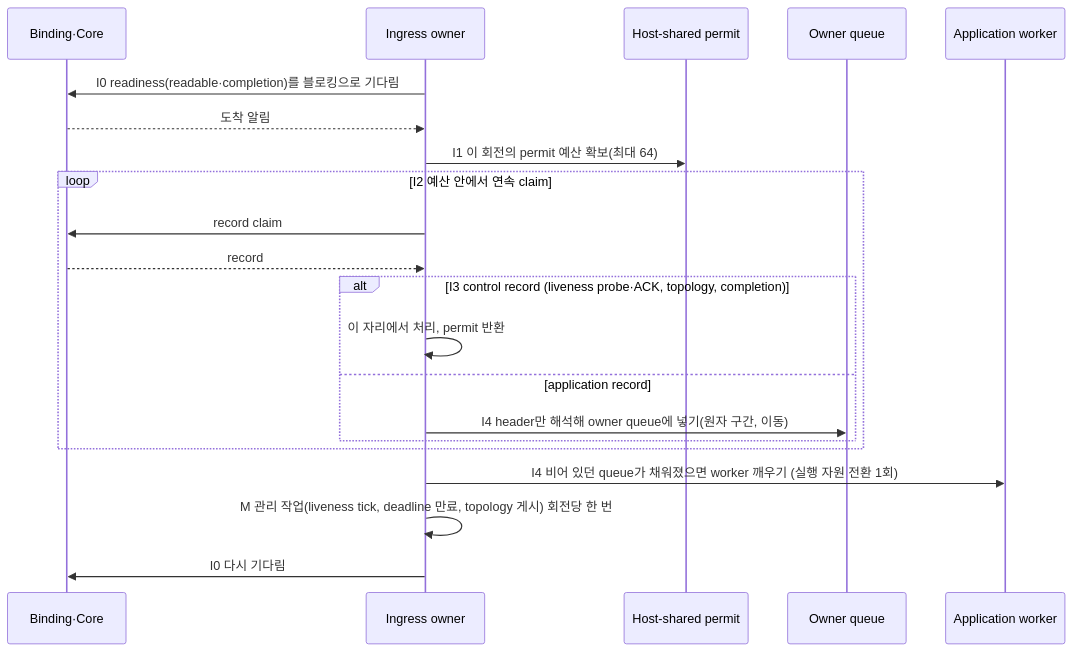
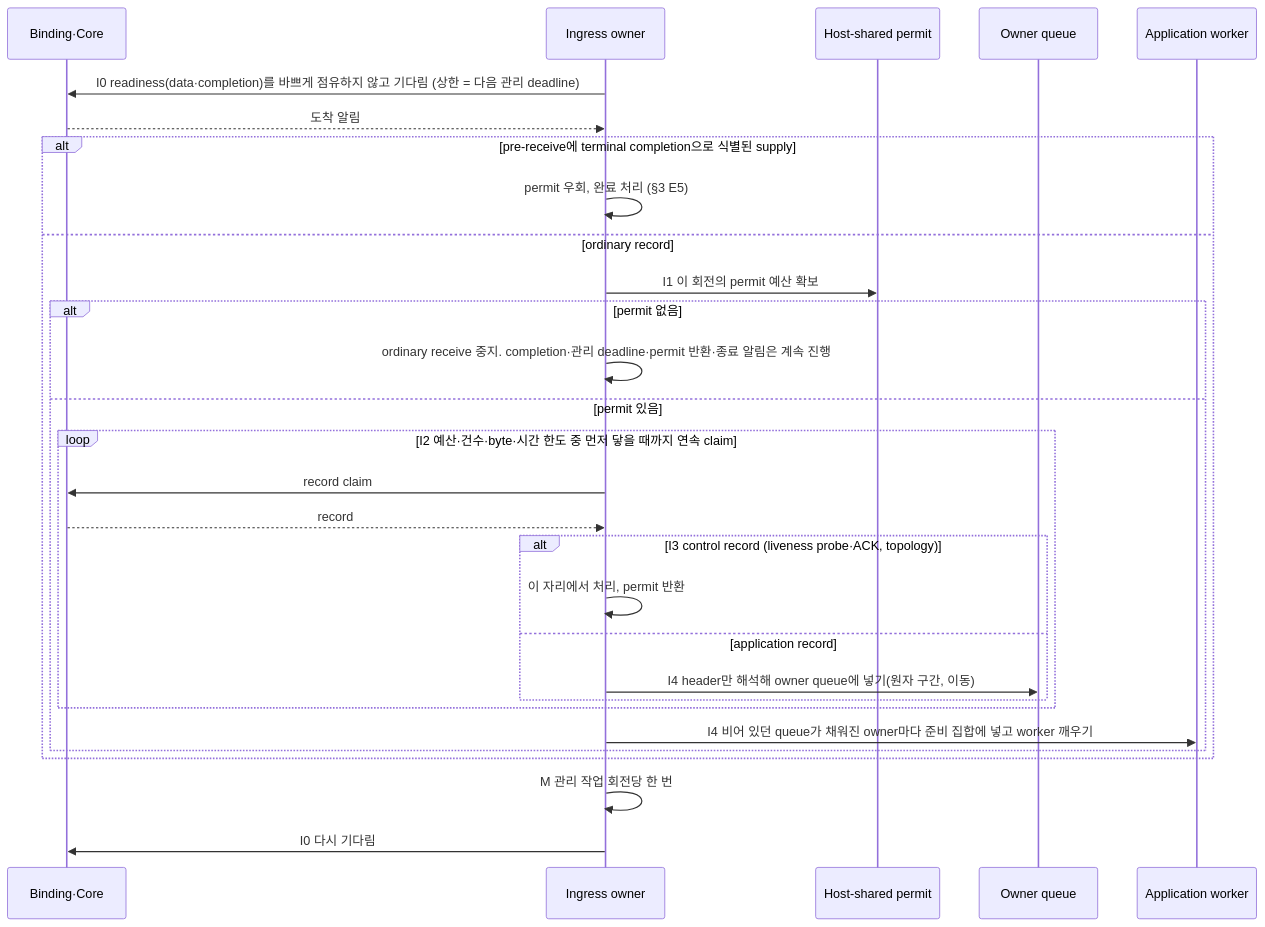
The second of 2 diagrams in framework/doc/framework/common/spec/server/01-execution/08-messaging-hot-path.ko.md (zlink-systems/zlink), drawn with Mermaid before and after one commit. The commit also changed other lines of this file and 2 other files, not shown here.

First line of the commit message:
spec(framework): messaging hot path — codex 리뷰 20건 반영(E5는 completion dispatcher 새 turn, E3 등록 순서와 상태 분류, permit 0 경로, control record 처리 위치, send 완료 시점, Spot direct cache 적중 범위, Node 대기 방식, 검증은 공개 결과만)

````diff
--- a/framework/doc/framework/common/spec/server/01-execution/08-messaging-hot-path.ko.md
+++ b/framework/doc/framework/common/spec/server/01-execution/08-messaging-hot-path.ko.md
@@ -116,24 +134,32 @@
 ```mermaid
 sequenceDiagram
     participant B as Binding·Core
     participant I as Ingress owner
     participant P as Host-shared permit
     participant Q as Owner queue
     participant W as Application worker
 
-    I->>B: I0 readiness(readable·completion)를 블로킹으로 기다림
+    I->>B: I0 readiness(data·completion)를 바쁘게 점유하지 않고 기다림 (상한 = 다음 관리 deadline)
     B-->>I: 도착 알림
-    I->>P: I1 이 회전의 permit 예산 확보(최대 64)
-    loop I2 예산 안에서 연속 claim
-        I->>B: record claim
-        B-->>I: record
-        alt I3 control record (liveness probe·ACK, topology, completion)
-            I->>I: 이 자리에서 처리, permit 반환
-        else application record
-            I->>Q: I4 header만 해석해 owner queue에 넣기(원자 구간, 이동)
+    alt pre-receive에 terminal completion으로 식별된 supply
+        I->>I: permit 우회, 완료 처리 (§3 E5)
+    else ordinary record
+        I->>P: I1 이 회전의 permit 예산 확보
+        alt permit 없음
+            I->>I: ordinary receive 중지. completion·관리 deadline·permit 반환·종료 알림은 계속 진행
+        else permit 있음
+            loop I2 예산·건수·byte·시간 한도 중 먼저 닿을 때까지 연속 claim
+                I->>B: record claim
+                B-->>I: record
+                alt I3 control record (liveness probe·ACK, topology)
+                    I->>I: 이 자리에서 처리, permit 반환
+                else application record
+                    I->>Q: I4 header만 해석해 owner queue에 넣기(원자 구간, 이동)
+                end
+            end
+            I->>W: I4 비어 있던 queue가 채워진 owner마다 준비 집합에 넣고 worker 깨우기
         end
     end
-    I->>W: I4 비어 있던 queue가 채워졌으면 worker 깨우기 (실행 자원 전환 1회)
-    I->>I: M 관리 작업(liveness tick, deadline 만료, topology 게시) 회전당 한 번
+    I->>I: M 관리 작업 회전당 한 번
     I->>B: I0 다시 기다림
 ```
````
